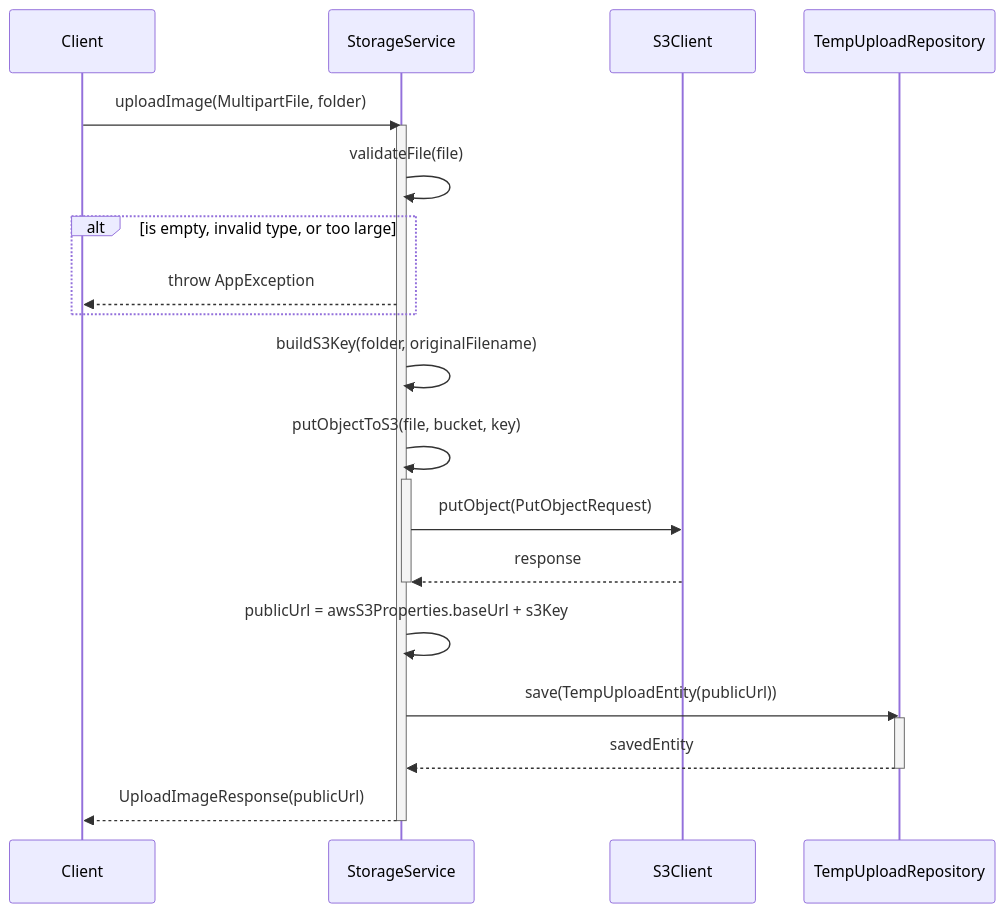
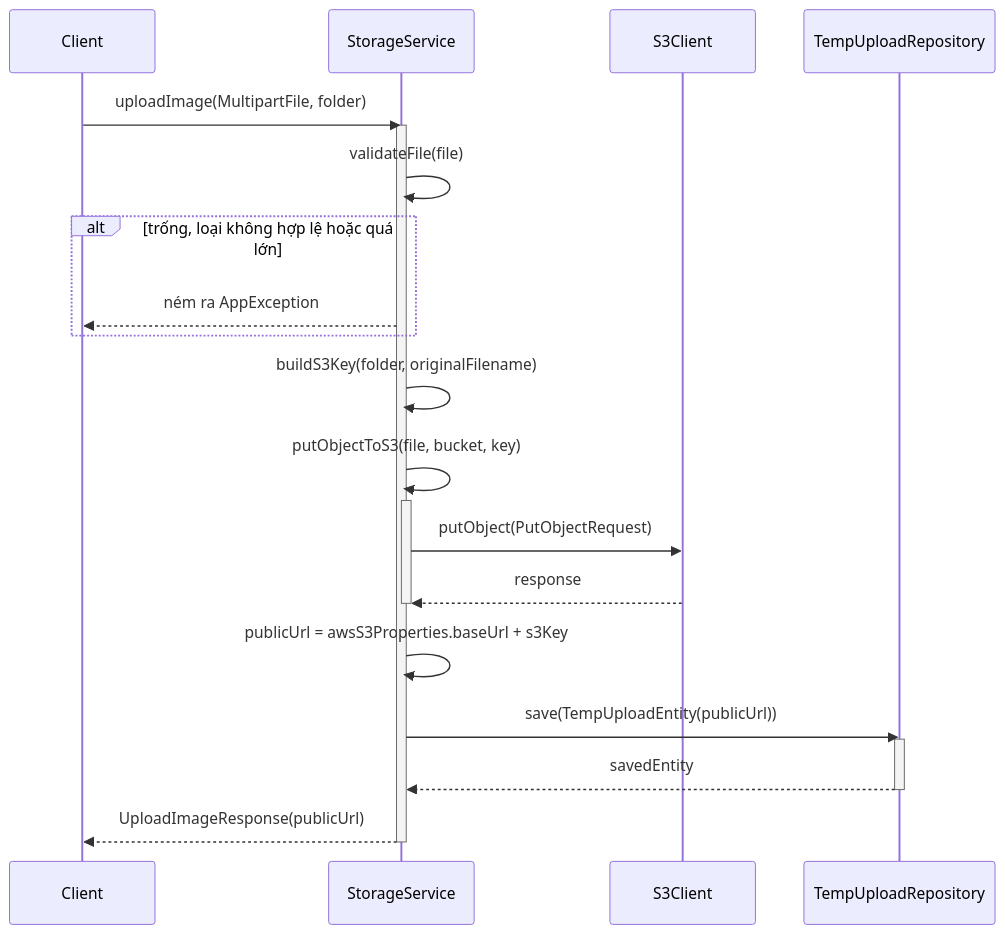
One commit to aquoc09/easymall changed the first of 3 diagrams in .agent/sequence/upload_service_sequence_diagrams.md. Above: the diagram before and after it, drawn with Mermaid. The commit also changed other lines of this file and 18 other files, not shown here.

Commit message:
UPDATE: Sequence diagram vietnamese

````diff
--- a/.agent/sequence/upload_service_sequence_diagrams.md
+++ b/.agent/sequence/upload_service_sequence_diagrams.md
@@ -9,33 +9,33 @@
 ```mermaid
 sequenceDiagram
     participant Client
     participant StorageService
     participant S3Client
     participant TempUploadRepository
 
     Client->>StorageService: uploadImage(MultipartFile, folder)
     activate StorageService
 
     StorageService->>StorageService: validateFile(file)
-    alt is empty, invalid type, or too large
-        StorageService-->>Client: throw AppException
+    alt trống, loại không hợp lệ hoặc quá lớn
+        StorageService-->>Client: ném ra AppException
     end
 
     StorageService->>StorageService: buildS3Key(folder, originalFilename)
     
     StorageService->>StorageService: putObjectToS3(file, bucket, key)
     activate StorageService
     StorageService->>S3Client: putObject(PutObjectRequest)
     S3Client-->>StorageService: response
     deactivate StorageService
 
     StorageService->>StorageService: publicUrl = awsS3Properties.baseUrl + s3Key
 
     StorageService->>TempUploadRepository: save(TempUploadEntity(publicUrl))
     activate TempUploadRepository
     TempUploadRepository-->>StorageService: savedEntity
     deactivate TempUploadRepository
 
     StorageService-->>Client: UploadImageResponse(publicUrl)
     deactivate StorageService
 ```
````
